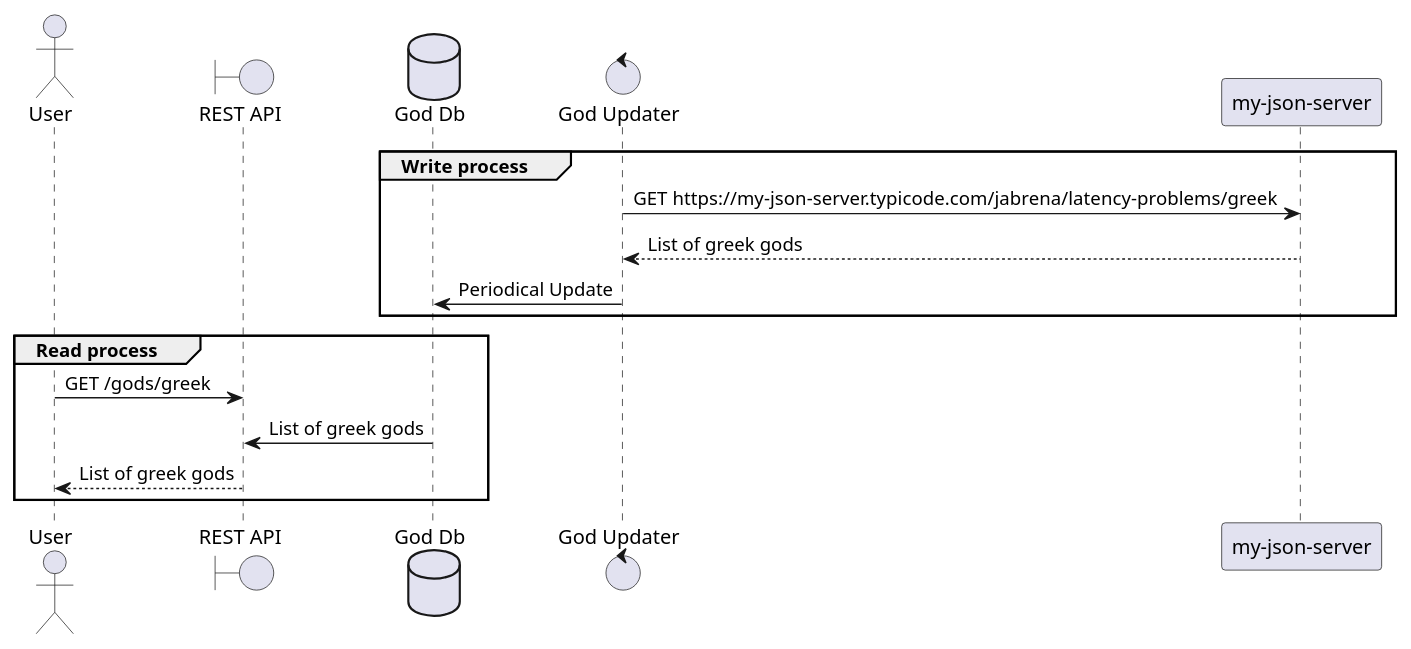
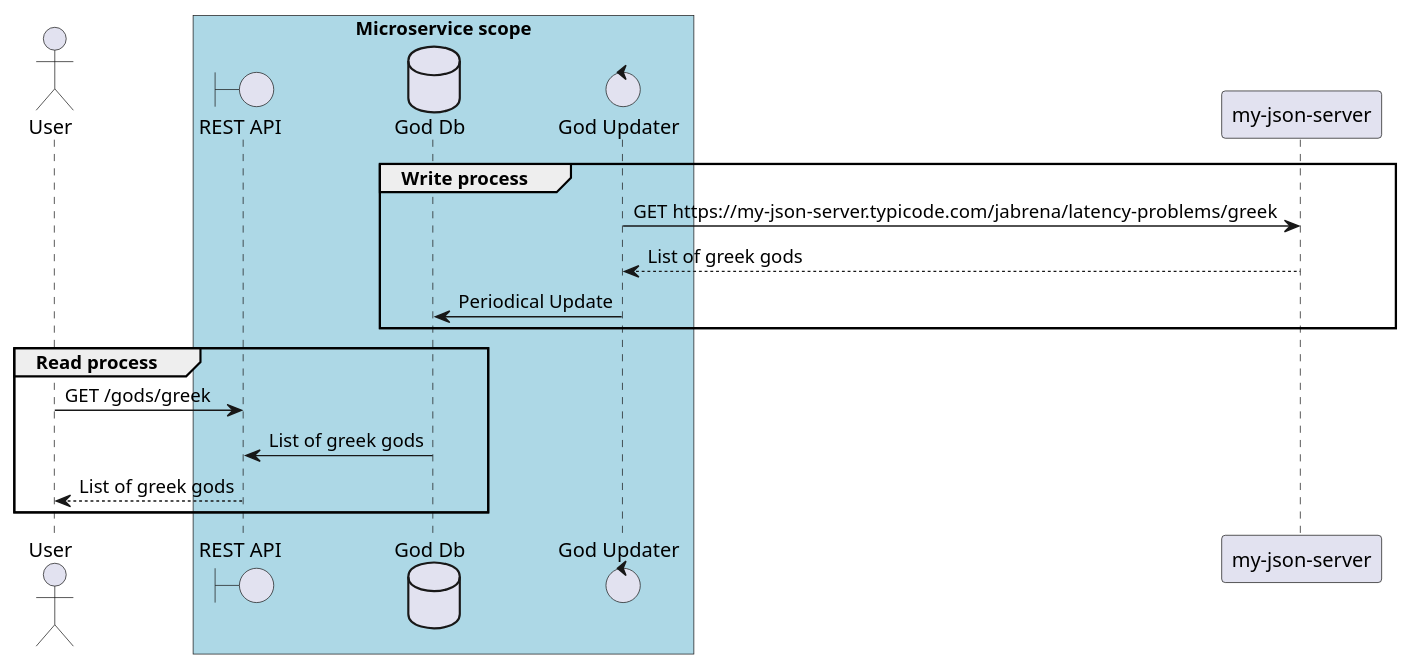
The diagram in docs-analysis/design.plantuml (jabrena/spring-boot-integration-testing), drawn with PlantUML before and after one commit. The commit also changed 15 other files, not shown here.

```diff
--- a/docs-analysis/design.plantuml
+++ b/docs-analysis/design.plantuml
@@ -1,24 +1,29 @@
 @startuml
 
 actor "User"
+
+box "Microservice scope" #LightBlue
+
 boundary "REST API"
 database "God Db"
 control "God Updater"
+
+end box
 
 group Write process
 
 "God Updater" -> "my-json-server": GET https://my-json-server.typicode.com/jabrena/latency-problems/greek
 "God Updater" <-- "my-json-server": List of greek gods
 "God Db" <- "God Updater" : Periodical Update
 
 end
 
 group Read process
 
 "User" -> "REST API": GET /gods/greek
 "God Db" -> "REST API": List of greek gods
 "User" <-- "REST API": List of greek gods
 
 end
 
 @enduml
```
